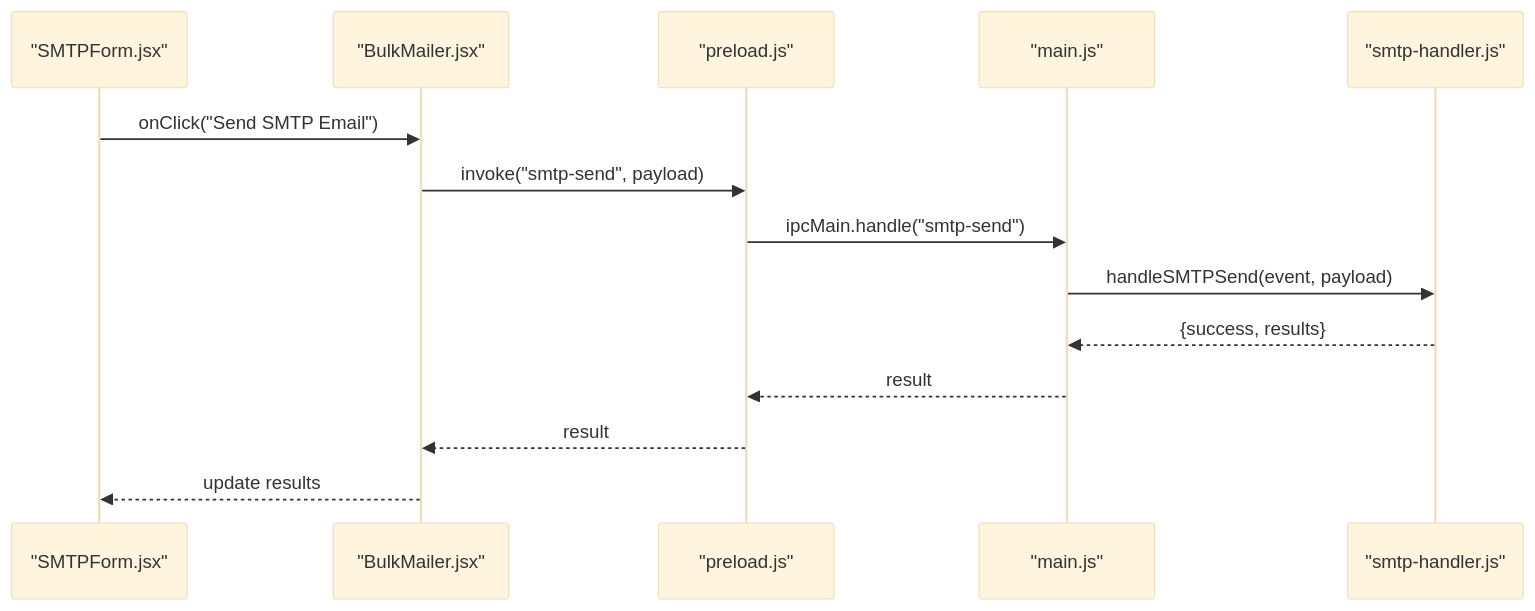
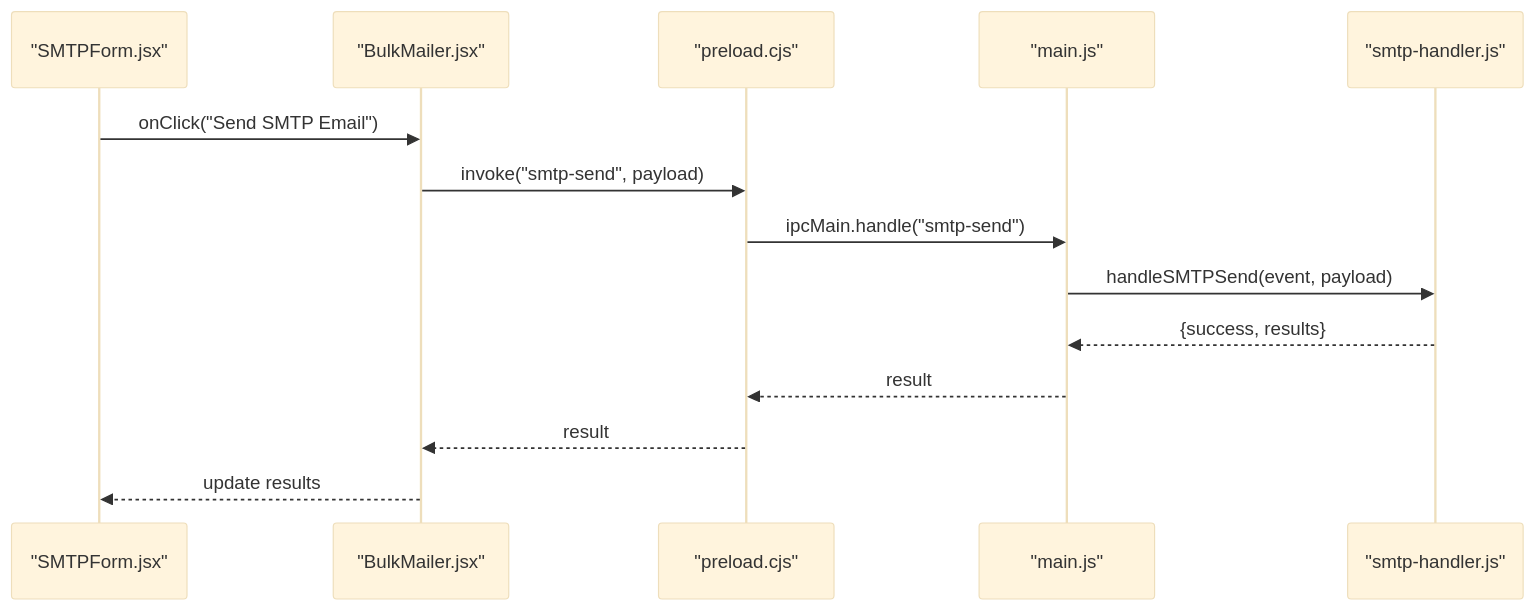
One commit to tashifkhan/tashif.codes changed diagram 13 of 13 in src/data/docs/bulk-messaging-system/Desktop Application Architecture/Desktop Application Architecture.md. Above: the diagram before and after it, drawn with Mermaid (base theme). The commit also changed other lines of this file and 2128 other files, not shown here.

First line of the commit message:
docs: replace raster diagram images with native Mermaid across project guides

````diff
--- a/src/data/docs/bulk-messaging-system/Desktop Application Architecture/Desktop Application Architecture.md
+++ b/src/data/docs/bulk-messaging-system/Desktop Application Architecture/Desktop Application Architecture.md
@@ -339,16 +350,16 @@
 ```mermaid
 sequenceDiagram
 participant UI as "SMTPForm.jsx"
 participant BM as "BulkMailer.jsx"
-participant P as "preload.js"
+participant P as "preload.cjs"
 participant M as "main.js"
 participant SH as "smtp-handler.js"
 UI->>BM : onClick("Send SMTP Email")
 BM->>P : invoke("smtp-send", payload)
 P->>M : ipcMain.handle("smtp-send")
 M->>SH : handleSMTPSend(event, payload)
 SH-->>M : {success, results}
 M-->>P : result
 P-->>BM : result
 BM-->>UI : update results
 ```
````
